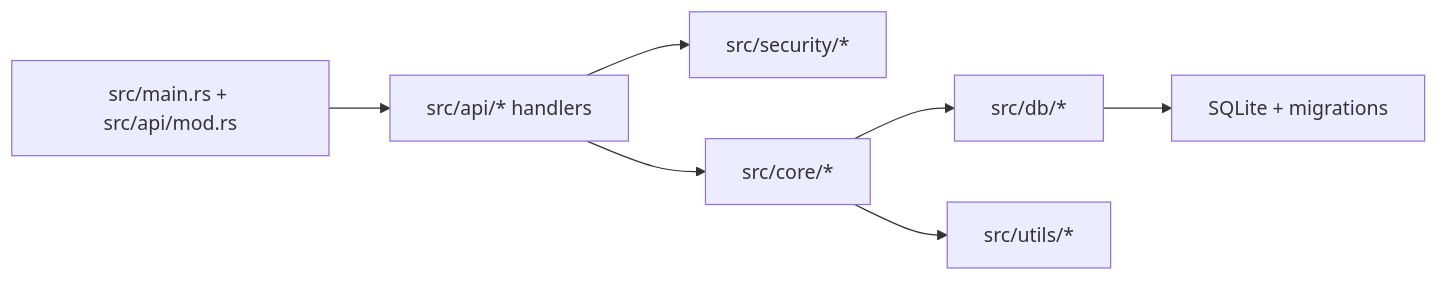
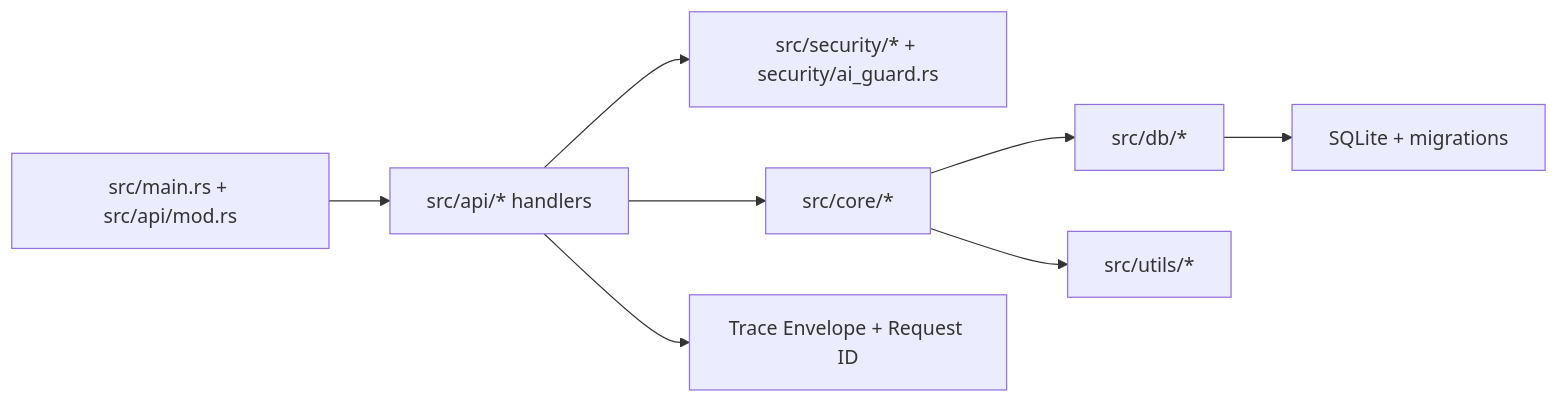
The first of 8 diagrams in README.md (mktmansour/MKT-KSA-Geolocation-Security), drawn with Mermaid before and after one commit. The commit also changed other lines of this file and 25 other files, not shown here.

````diff
--- a/README.md
+++ b/README.md
@@ -239,9 +265,10 @@
 ```mermaid
 flowchart LR
   A[src/main.rs + src/api/mod.rs] --> B[src/api/* handlers]
-  B --> C[src/security/*]
+  B --> C[src/security/* + security/ai_guard.rs]
   B --> D[src/core/*]
   D --> E[src/db/*]
   D --> F[src/utils/*]
   E --> G[SQLite + migrations]
+  B --> H[Trace Envelope + Request ID]
 ```
````
